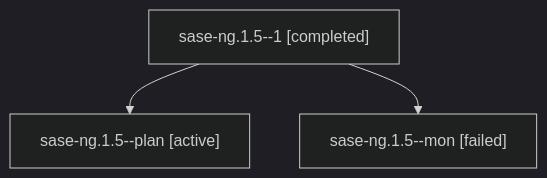
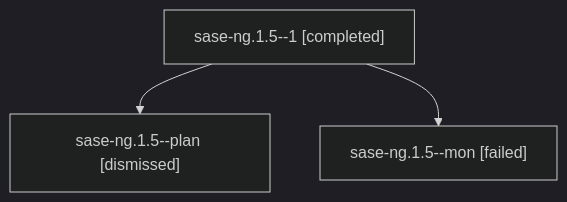
Before and after one commit to sase-org/sase--agents: the diagram in sessions/bbugyi200.athena.sase-ng.1.5.md, drawn with Mermaid (dark theme). The commit also changed other lines of this file and 219 other files, not shown here.

````diff
--- a/sessions/bbugyi200.athena.sase-ng.1.5.md
+++ b/sessions/bbugyi200.athena.sase-ng.1.5.md
@@ -9,8 +9,8 @@
 ```mermaid
 flowchart TD
   n0["sase-ng.1.5--1 [completed]"]
-  n1["sase-ng.1.5--plan [active]"]
+  n1["sase-ng.1.5--plan [dismissed]"]
   n0 --> n1
   n2["sase-ng.1.5--mon [failed]"]
   n0 --> n2
 ```
````
